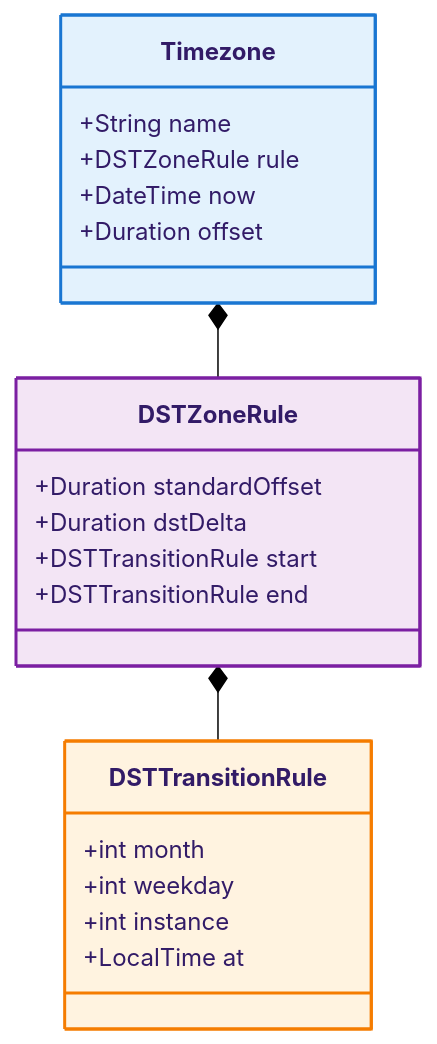
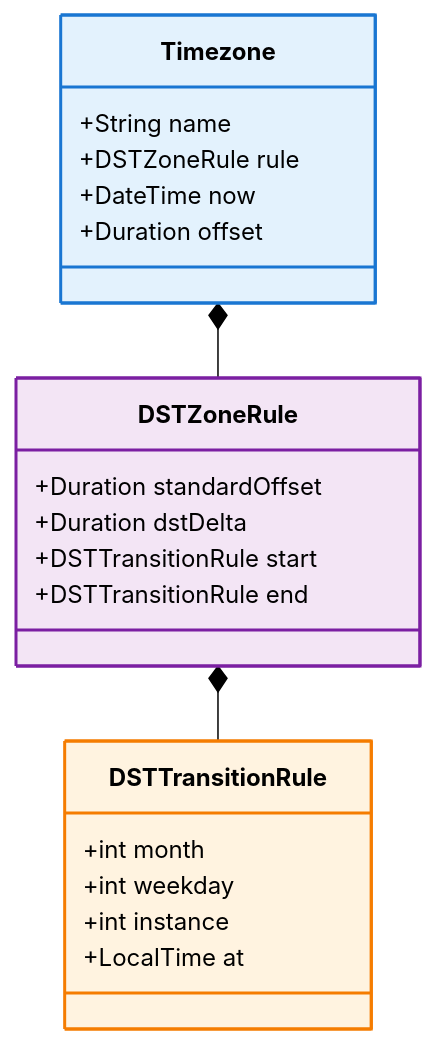
The second of 2 diagrams in docs/time/architecture.md (pooriaaskarim/logd), drawn with Mermaid (forest theme) before and after one commit.

Commit message:
fix visauls in docs/time/architecture.md

````diff
--- a/docs/time/architecture.md
+++ b/docs/time/architecture.md
@@ -46,30 +46,30 @@
 ```mermaid
 classDiagram
     class Timezone {
         +String name
         +DSTZoneRule rule
         +DateTime now
         +Duration offset
     }
 
     class DSTZoneRule {
         +Duration standardOffset
         +Duration dstDelta
         +DSTTransitionRule start
         +DSTTransitionRule end
     }
 
     class DSTTransitionRule {
         +int month
         +int weekday
         +int instance
         +LocalTime at
     }
 
     Timezone *-- DSTZoneRule
     DSTZoneRule *-- DSTTransitionRule
     
-    style Timezone fill:#e3f2fd,stroke:#1976d2,stroke-width:2px
-    style DSTZoneRule fill:#f3e5f5,stroke:#7b1fa2,stroke-width:2px
-    style DSTTransitionRule fill:#fff3e0,stroke:#f57c00,stroke-width:2px
+    style Timezone fill:#e3f2fd,stroke:#1976d2,stroke-width:2px,color:#000
+    style DSTZoneRule fill:#f3e5f5,stroke:#7b1fa2,stroke-width:2px,color:#000
+    style DSTTransitionRule fill:#fff3e0,stroke:#f57c00,stroke-width:2px,color:#000
 ```
````
